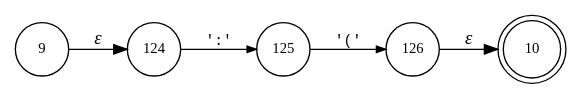
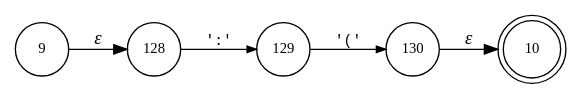
One commit to vulogov/Bund2 changed the diagram in internal/parser/BundLexer.T__4.dot. Above: the diagram before and after it, drawn with Graphviz. The commit also changed 205 other files, not shown here.

```diff
--- a/internal/parser/BundLexer.T__4.dot
+++ b/internal/parser/BundLexer.T__4.dot
@@ -1,12 +1,12 @@
 digraph ATN {
 rankdir=LR;
 s10[fontsize=11, label="10", shape=doublecircle, fixedsize=true, width=.6];
+s128[fontsize=11,label="128", shape=circle, fixedsize=true, width=.55, peripheries=1];
+s129[fontsize=11,label="129", shape=circle, fixedsize=true, width=.55, peripheries=1];
+s130[fontsize=11,label="130", shape=circle, fixedsize=true, width=.55, peripheries=1];
 s9[fontsize=11,label="9", shape=circle, fixedsize=true, width=.55, peripheries=1];
-s124[fontsize=11,label="124", shape=circle, fixedsize=true, width=.55, peripheries=1];
-s125[fontsize=11,label="125", shape=circle, fixedsize=true, width=.55, peripheries=1];
-s126[fontsize=11,label="126", shape=circle, fixedsize=true, width=.55, peripheries=1];
-s9 -> s124 [fontname="Times-Italic", label="&epsilon;"];
-s124 -> s125 [fontsize=11, fontname="Courier", arrowsize=.7, label = "':'", arrowhead = normal];
-s125 -> s126 [fontsize=11, fontname="Courier", arrowsize=.7, label = "'('", arrowhead = normal];
-s126 -> s10 [fontname="Times-Italic", label="&epsilon;"];
+s9 -> s128 [fontname="Times-Italic", label="&epsilon;"];
+s128 -> s129 [fontsize=11, fontname="Courier", arrowsize=.7, label = "':'", arrowhead = normal];
+s129 -> s130 [fontsize=11, fontname="Courier", arrowsize=.7, label = "'('", arrowhead = normal];
+s130 -> s10 [fontname="Times-Italic", label="&epsilon;"];
 }
```
